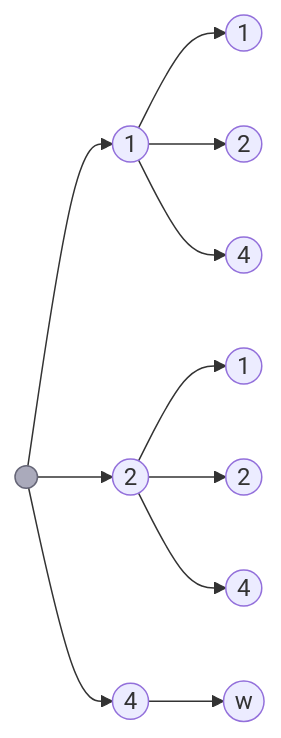
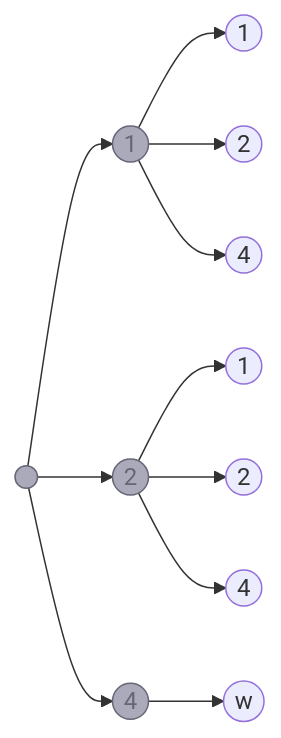
The second of 5 diagrams in README.md (innin-jam/bwinf25), drawn with Mermaid before and after one commit.

````diff
--- a/README.md
+++ b/README.md
@@ -103,9 +103,9 @@
 ```mermaid
 flowchart LR
     a(( )) --> 1((1)) & 2((2)) & 4((4))
     1 --> 1.1((1)) & 1.2((2)) & 1.4((4))
     2 --> 2.1((1)) & 2.2((2)) & 2.4((4))
     4 --> 4.done((w))
     classDef gray fill:#aab,stroke:#667,color:#667
-    class a gray
+    class a,1,2,4 gray
 ```
````
